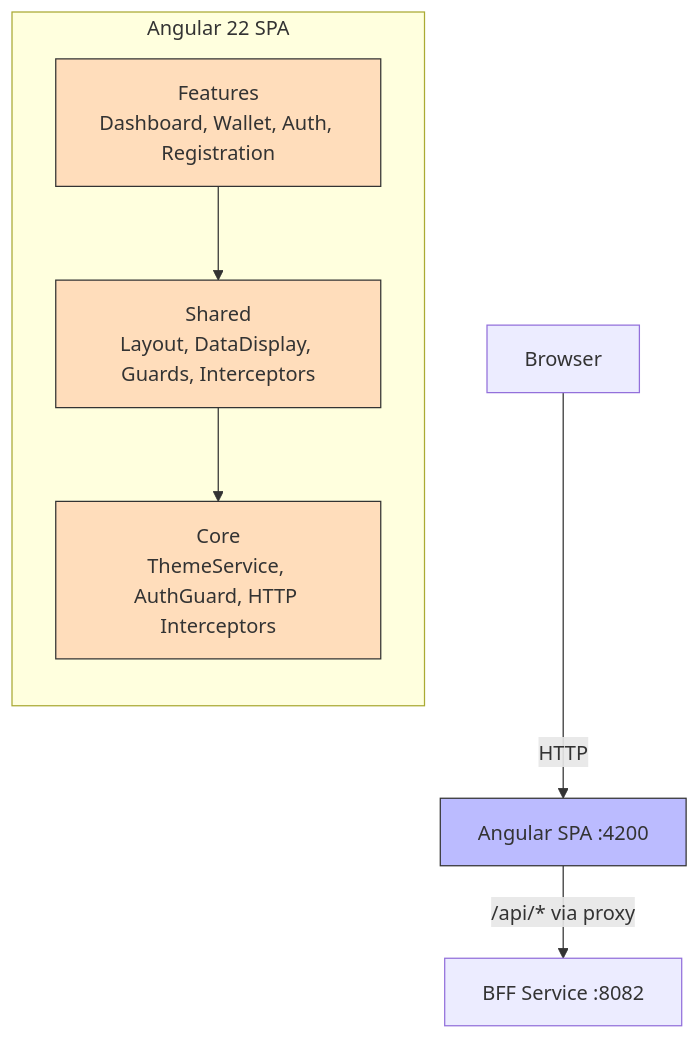
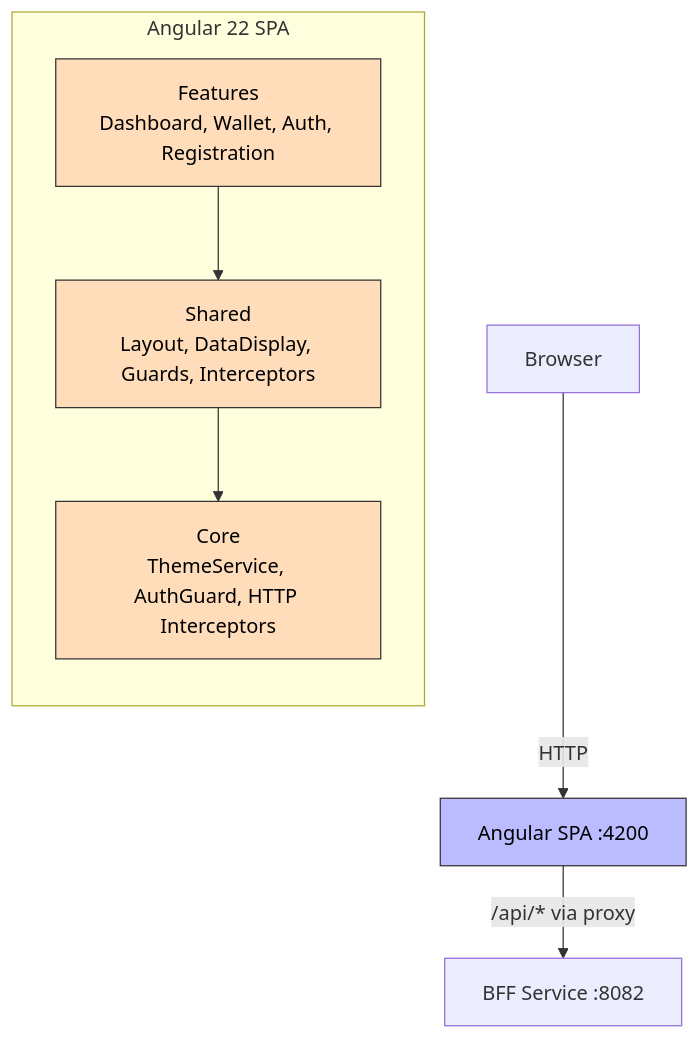
One commit to AlexAlvarezGallardo-GitHub/Aegis changed the first of 2 diagrams in docs/obsidian/01 - Services/Frontend.md. Above: the diagram before and after it, drawn with Mermaid. The commit also changed 26 other files, not shown here.

Commit message:
docs(infra): add color to mermaid nodes for dark mode readability

````diff
--- a/docs/obsidian/01 - Services/Frontend.md
+++ b/docs/obsidian/01 - Services/Frontend.md
@@ -14,16 +14,16 @@
 ```mermaid
 graph TB
     subgraph "Angular 22 SPA"
         direction TB
         Features["Features<br/>Dashboard, Wallet, Auth, Registration"]
         Shared["Shared<br/>Layout, DataDisplay, Guards, Interceptors"]
         Core["Core<br/>ThemeService, AuthGuard, HTTP Interceptors"]
         Features --> Shared --> Core
     end
     Browser["Browser"] -->|HTTP| Angular["Angular SPA :4200"]
     Angular -->|/api/* via proxy| BFF["BFF Service :8082"]
-    style Angular fill:#bbf,stroke:#333
-    style Features fill:#fdb,stroke:#333
-    style Shared fill:#fdb,stroke:#333
-    style Core fill:#fdb,stroke:#333
+    style Angular fill:#bbf,stroke:#333,color:#000
+    style Features fill:#fdb,stroke:#333,color:#000
+    style Shared fill:#fdb,stroke:#333,color:#000
+    style Core fill:#fdb,stroke:#333,color:#000
 ```
````
